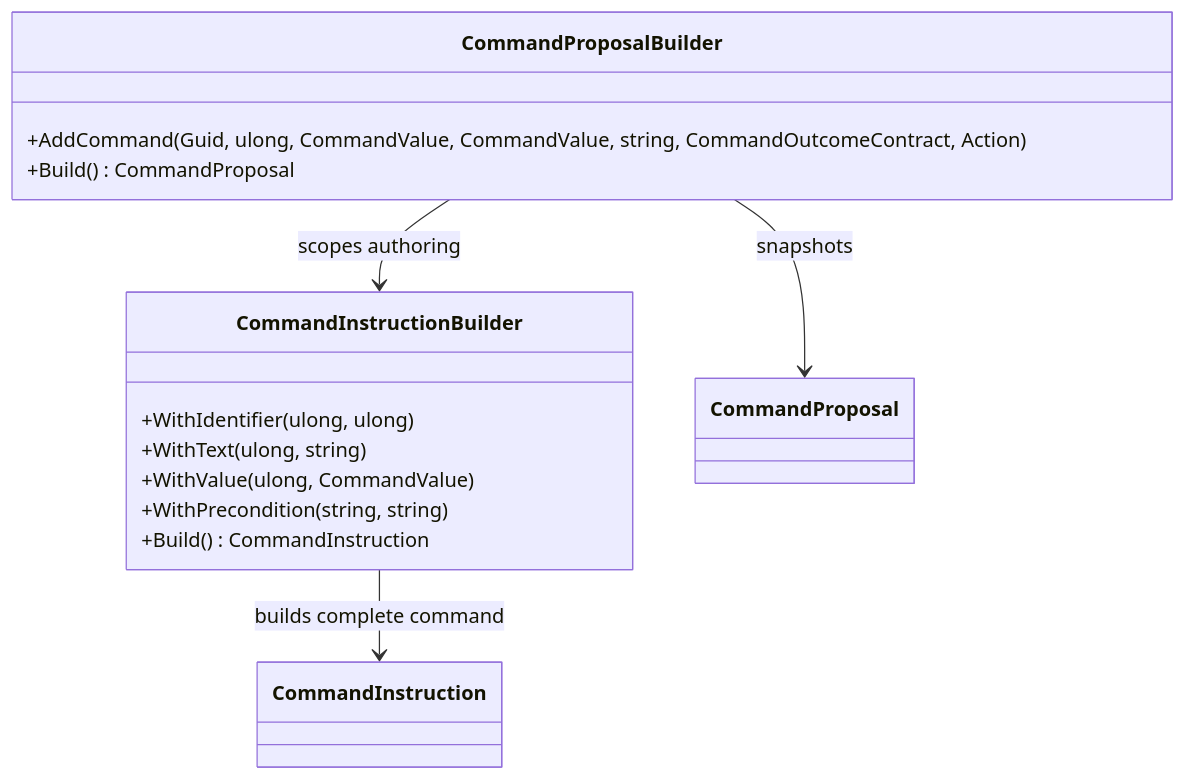
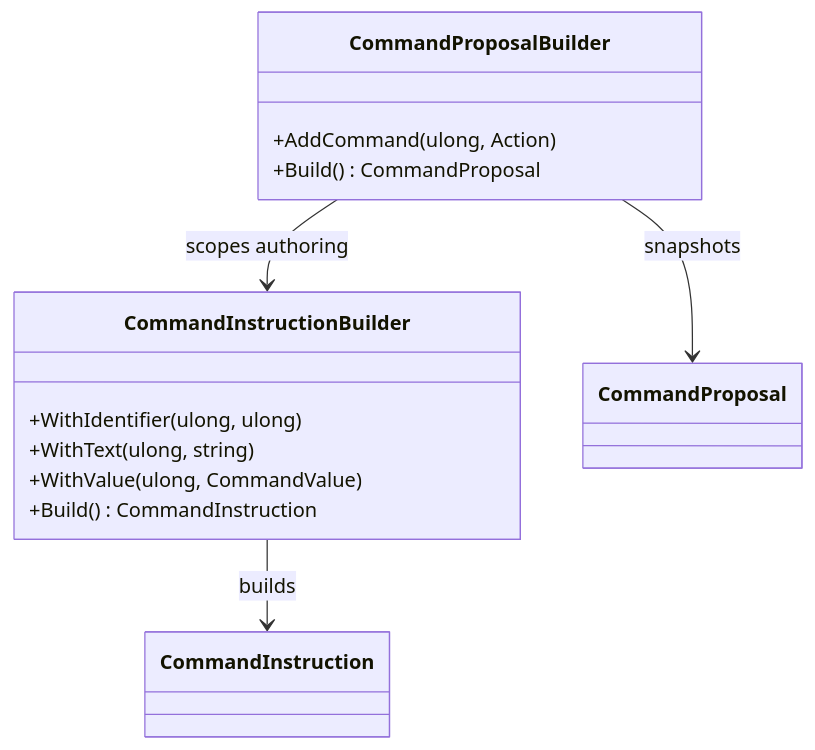
Before and after one commit to TrentBest/TheSingularityWorkshop.CommandAi: the diagram in docs/UML/CommandProposalBuilderUML.md, drawn with Mermaid. The commit also changed other lines of this file, not shown here.

Commit message:
docs: align UML with CommandAi v1 source

```diff
--- a/docs/UML/CommandProposalBuilderUML.md
+++ b/docs/UML/CommandProposalBuilderUML.md
@@ -6,17 +6,16 @@
 ~~~mermaid
 classDiagram
   class CommandProposalBuilder {
-    +AddCommand(Guid, ulong, CommandValue, CommandValue, string, CommandOutcomeContract, Action)
+    +AddCommand(ulong, Action)
     +Build() CommandProposal
   }
   class CommandInstructionBuilder {
     +WithIdentifier(ulong, ulong)
     +WithText(ulong, string)
     +WithValue(ulong, CommandValue)
-    +WithPrecondition(string, string)
     +Build() CommandInstruction
   }
   CommandProposalBuilder --> CommandInstructionBuilder : scopes authoring
   CommandProposalBuilder --> CommandProposal : snapshots
-  CommandInstructionBuilder --> CommandInstruction : builds complete command
+  CommandInstructionBuilder --> CommandInstruction : builds
 ~~~
```
